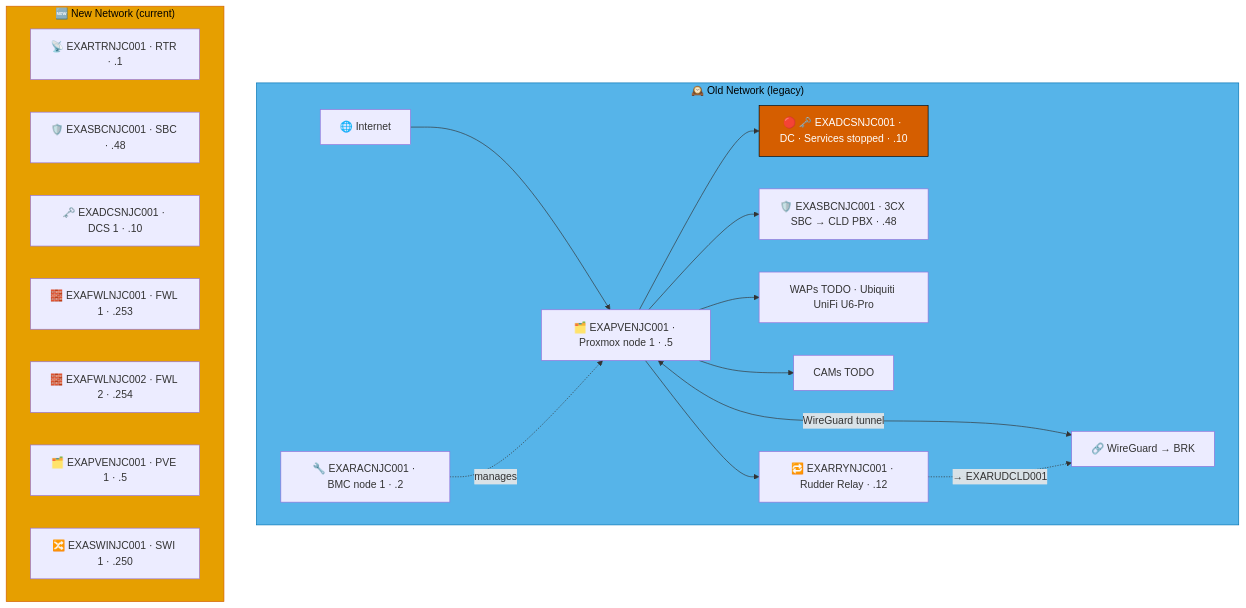
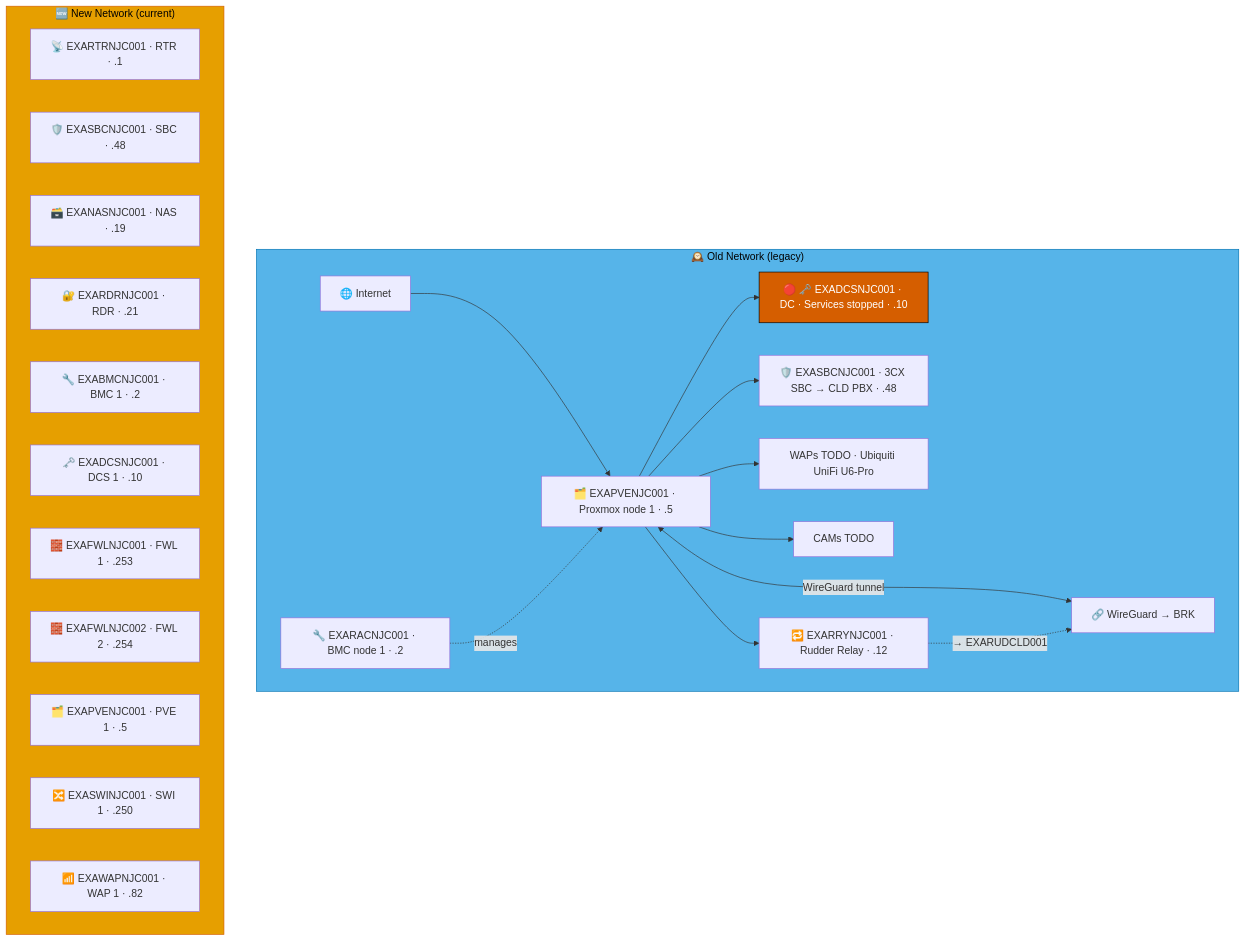
The third of 8 diagrams in docs/network-diagram/united-states.md (knightmare2600/example_music_infra), drawn with Mermaid before and after one commit. The commit also changed other lines of this file and 15 other files, not shown here.

````diff
--- a/docs/network-diagram/united-states.md
+++ b/docs/network-diagram/united-states.md
@@ -138,37 +146,41 @@
 ```mermaid
 graph TD
     subgraph OLD_NJC ["🕰️ Old Network (legacy)"]
       INET["🌐 Internet"]
       RAC["🔧 EXARACNJC001 · BMC node 1 · .2"]
       PVE["🗂️ EXAPVENJC001 · Proxmox node 1 · .5"]
       DC["🔴 🗝️ EXADCSNJC001 · DC · Services stopped · .10"]
       SBC["🛡️ EXASBCNJC001 · 3CX SBC → CLD PBX · .48"]
       RRY["🔁 EXARRYNJC001 · Rudder Relay · .12"]
       WAP["WAPs TODO · Ubiquiti UniFi U6-Pro"]
       CAM["CAMs TODO"]
       VPN["🔗 WireGuard → BRK"]
 
       INET --> PVE --> DC & SBC
       RAC -.->|"manages"| PVE
       PVE --> WAP & CAM
       PVE <-->|"WireGuard tunnel"| VPN
 
       PVE --> RRY
       RRY -. "→ EXARUDCLD001" .-> VPN
     end
     style OLD_NJC fill:#56B4E9,stroke:#0072B2,color:#000000
     %% GENERATED:NEW-NETWORK:NJC:START
     subgraph NEW_NJC ["🆕 New Network (current)"]
       N_RTR["📡 EXARTRNJC001 · RTR · .1"]
       N_SBC["🛡️ EXASBCNJC001 · SBC · .48"]
+      N_NAS["🗃️ EXANASNJC001 · NAS · .19"]
+      N_RDR["🔐 EXARDRNJC001 · RDR · .21"]
+      N_BMC["🔧 EXABMCNJC001 · BMC 1 · .2"]
       N_DCS["🗝️ EXADCSNJC001 · DCS 1 · .10"]
       N_FWL["🧱 EXAFWLNJC001 · FWL 1 · .253"]
       N_FWL2["🧱 EXAFWLNJC002 · FWL 2 · .254"]
       N_PVE["🗂️ EXAPVENJC001 · PVE 1 · .5"]
       N_SWI["🔀 EXASWINJC001 · SWI 1 · .250"]
+      N_WAP["📶 EXAWAPNJC001 · WAP 1 · .82"]
     end
     style NEW_NJC fill:#E69F00,stroke:#D55E00,color:#000000
     %% GENERATED:NEW-NETWORK:NJC:END
     classDef warn fill:#D55E00,stroke:#000000,color:#ffffff
     class DC warn
 ```
````
